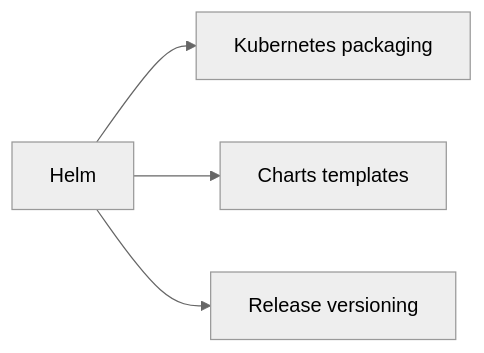
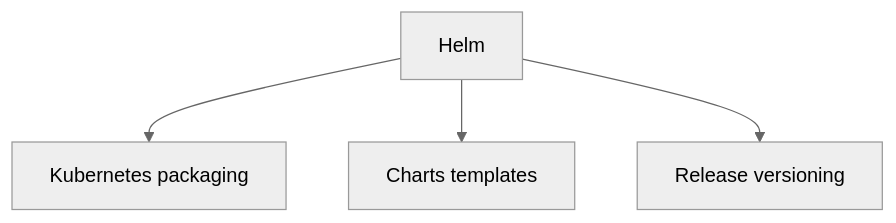
Before and after one commit to zyrass/omnydocs: diagram 15 of 30 in docs/glossaire/devsecops.md, drawn with Mermaid (neutral theme). The commit also changed other lines of this file and 1780 other files, not shown here.

````diff
--- a/docs/glossaire/devsecops.md
+++ b/docs/glossaire/devsecops.md
@@ -314,6 +376,6 @@
-    ```mermaid
-    graph LR
-        A[Helm] --> B[Kubernetes packaging]
-        A --> C[Charts templates]
-        A --> D[Release versioning]
-    ```
+```mermaid
+graph TB
+    A[Helm] --> B[Kubernetes packaging]
+    A --> C[Charts templates]
+    A --> D[Release versioning]
+```
````
